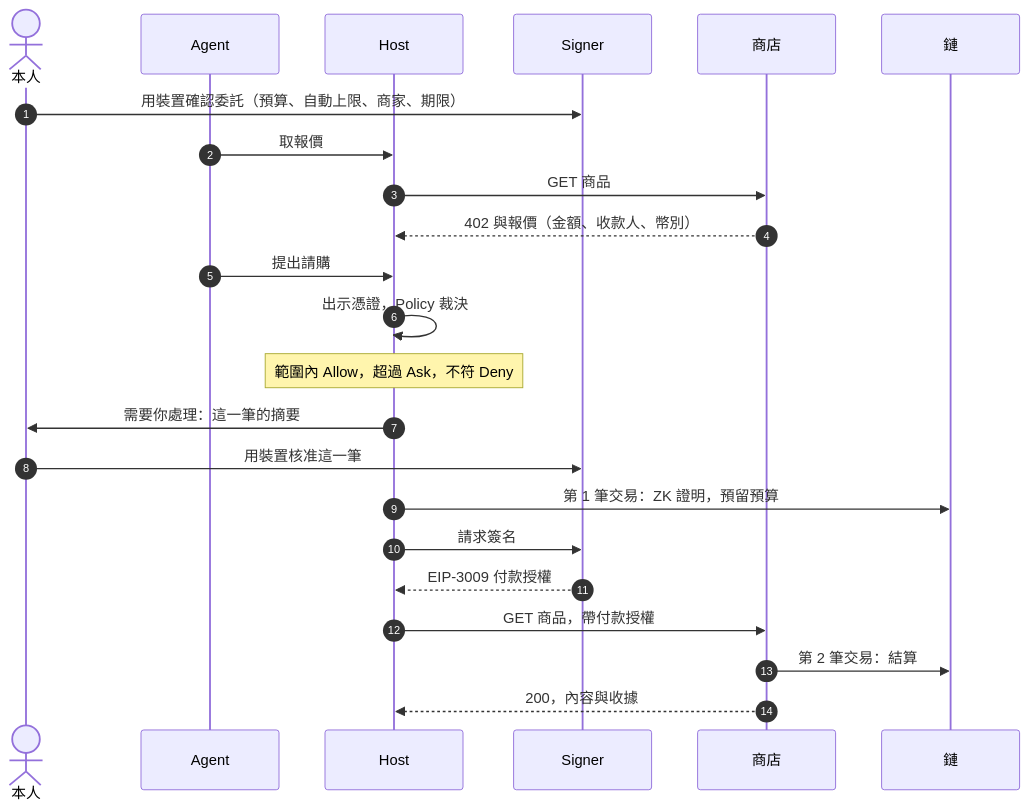
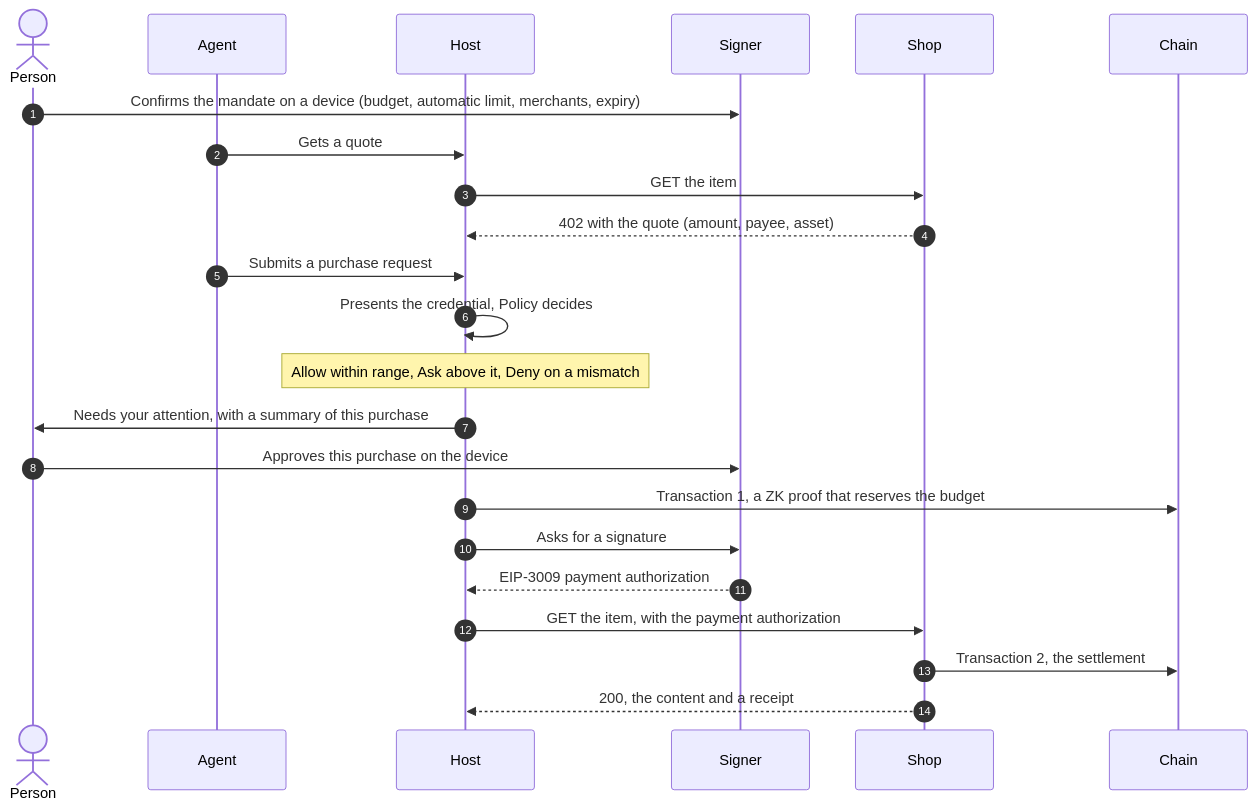
One commit to SIMPLYBOYS/agent-payment-authority changed the third of 4 diagrams in README.md. Above: the diagram before and after it, drawn with Mermaid. The commit also changed other lines of this file and 1 other file, not shown here.

````diff
--- a/README.md
+++ b/README.md
@@ -158,26 +158,26 @@
 ```mermaid
 sequenceDiagram
   autonumber
-  actor P as 本人
+  actor P as Person
   participant A as Agent
   participant H as Host
   participant S as Signer
-  participant M as 商店
-  participant C as 鏈
+  participant M as Shop
+  participant C as Chain
 
-  P->>S: 用裝置確認委託（預算、自動上限、商家、期限）
-  A->>H: 取報價
-  H->>M: GET 商品
-  M-->>H: 402 與報價（金額、收款人、幣別）
-  A->>H: 提出請購
-  H->>H: 出示憑證，Policy 裁決
-  Note over H: 範圍內 Allow，超過 Ask，不符 Deny
-  H->>P: 需要你處理：這一筆的摘要
-  P->>S: 用裝置核准這一筆
-  H->>C: 第 1 筆交易：ZK 證明，預留預算
-  H->>S: 請求簽名
-  S-->>H: EIP-3009 付款授權
-  H->>M: GET 商品，帶付款授權
-  M->>C: 第 2 筆交易：結算
-  M-->>H: 200，內容與收據
+  P->>S: Confirms the mandate on a device (budget, automatic limit, merchants, expiry)
+  A->>H: Gets a quote
+  H->>M: GET the item
+  M-->>H: 402 with the quote (amount, payee, asset)
+  A->>H: Submits a purchase request
+  H->>H: Presents the credential, Policy decides
+  Note over H: Allow within range, Ask above it, Deny on a mismatch
+  H->>P: Needs your attention, with a summary of this purchase
+  P->>S: Approves this purchase on the device
+  H->>C: Transaction 1, a ZK proof that reserves the budget
+  H->>S: Asks for a signature
+  S-->>H: EIP-3009 payment authorization
+  H->>M: GET the item, with the payment authorization
+  M->>C: Transaction 2, the settlement
+  M-->>H: 200, the content and a receipt
 ```
````
